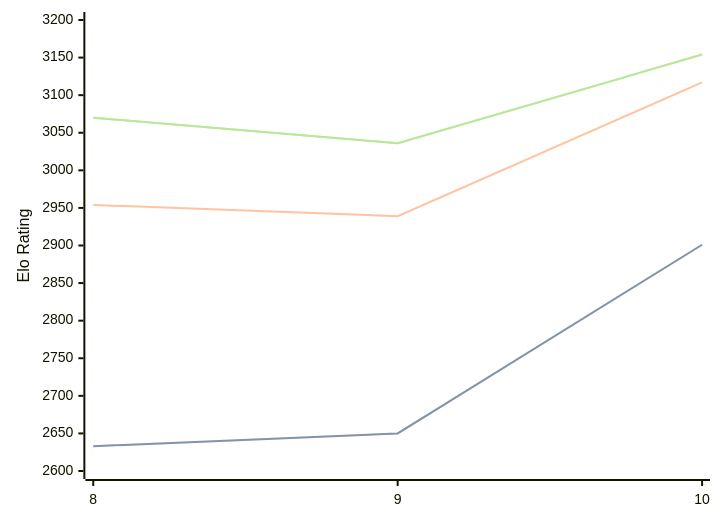
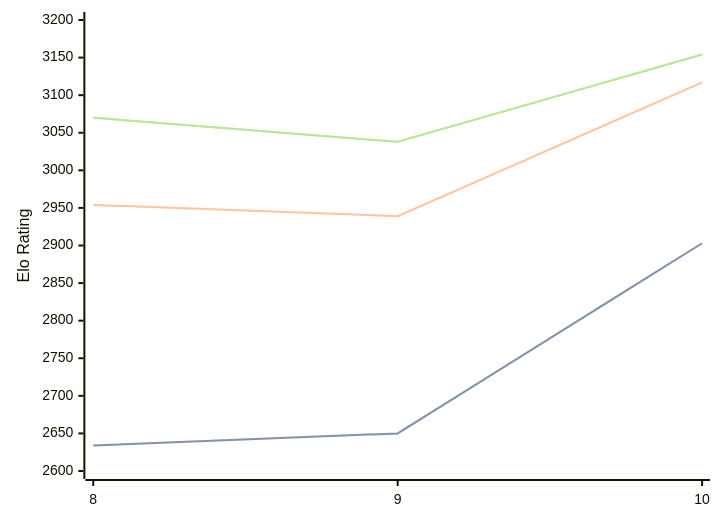
Before and after one commit to computer-chess-index/cci: the diagram in engines/Lozza.md, drawn with Mermaid. The commit also changed other lines of this file, not shown here.

Commit message:
Update CCI Ratings (ELO VLTC) - 2026-04-27

````diff
--- a/engines/Lozza.md
+++ b/engines/Lozza.md
@@ -41,11 +41,11 @@
 ```mermaid
 %%{init: {"theme":"base","themeVariables":{"seriesColors:['#a3a3a3','#222221','#faa371']}}}%%
 xychart-beta
   x-axis ["8", "9", "10"]
   y-axis "Elo Rating" 2600 --> 3200
-  line "STC (8.0+0.08s)" [2633, 2650, 2901]
-  line "STC (8.0+0.08s)" [2633, 2650, 2901]
+  line "STC (8.0+0.08s)" [2634, 2650, 2903]
+  line "STC (8.0+0.08s)" [2634, 2650, 2903]
   line "LTC (60.0+0.60s)" [2954, 2939, 3117]
-  line "VLTC (2m24s+1.12s)" [3070, 3036, 3154]
-  line "VLTC (2m24s+1.12s)" [3070, 3036, 3154]
+  line "VLTC (2m24s+1.12s)" [3070, 3038, 3154]
+  line "VLTC (2m24s+1.12s)" [3070, 3038, 3154]
 ```
````
